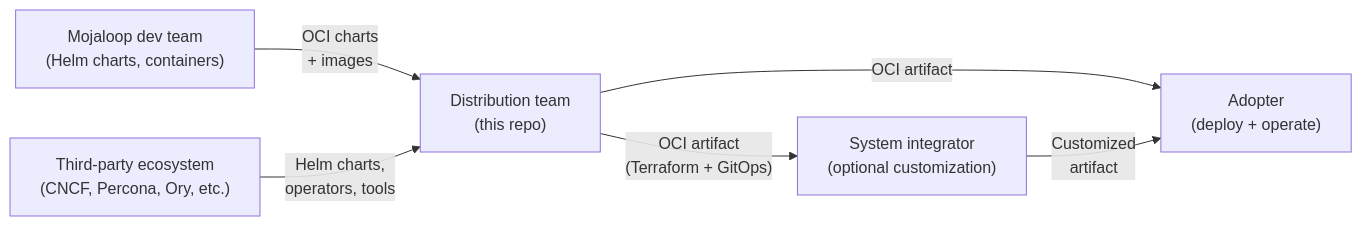
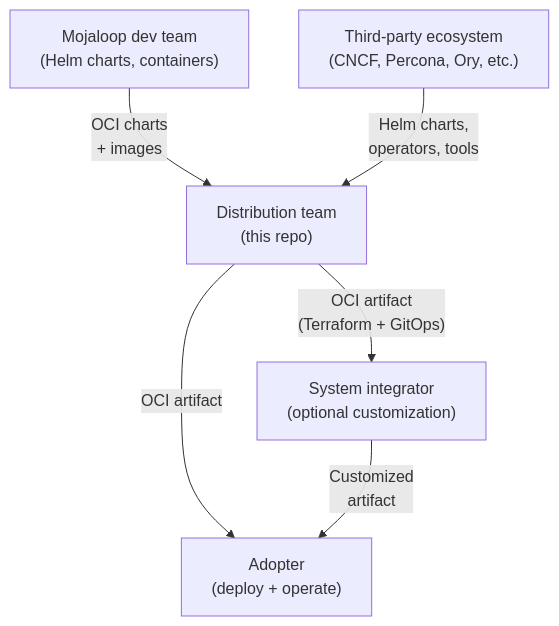
The second of 2 diagrams in docs/index.md (kiswend/ml-deployment-toolkit), drawn with Mermaid before and after one commit. The commit also changed 21 other files, not shown here.

````diff
--- a/docs/index.md
+++ b/docs/index.md
@@ -52,14 +52,14 @@
 ```mermaid
-flowchart LR
+flowchart TD
     dev["Mojaloop dev team\n(Helm charts, containers)"]
     oss["Third-party ecosystem\n(CNCF, Percona, Ory, etc.)"]
     dist["Distribution team\n(this repo)"]
     si["System integrator\n(optional customization)"]
     adopter["Adopter\n(deploy + operate)"]
 
     dev -- "OCI charts\n+ images" --> dist
     oss -- "Helm charts,\noperators, tools" --> dist
     dist -- "OCI artifact\n(Terraform + GitOps)" --> si
     dist -- "OCI artifact" --> adopter
     si -- "Customized\nartifact" --> adopter
 ```
````
